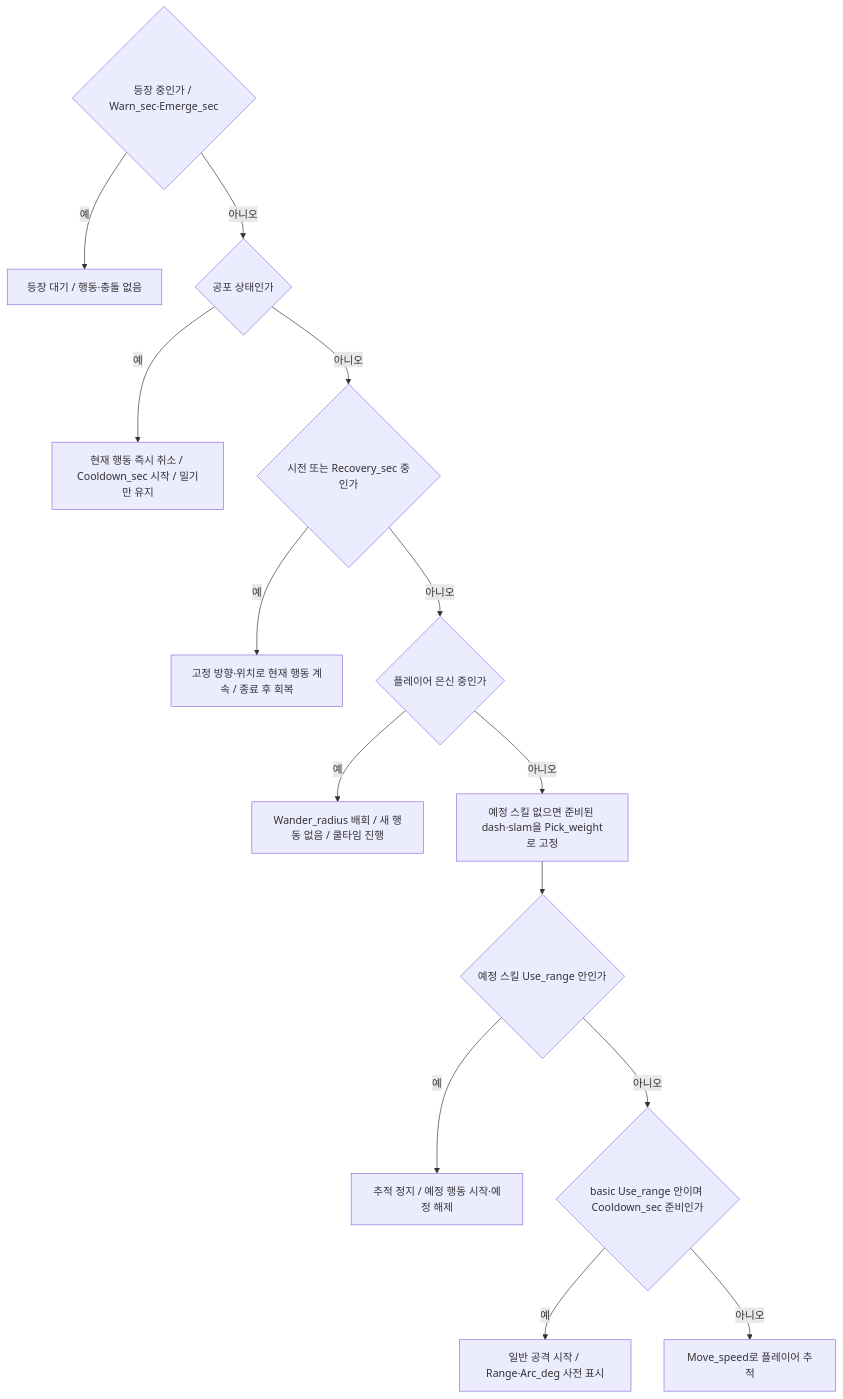
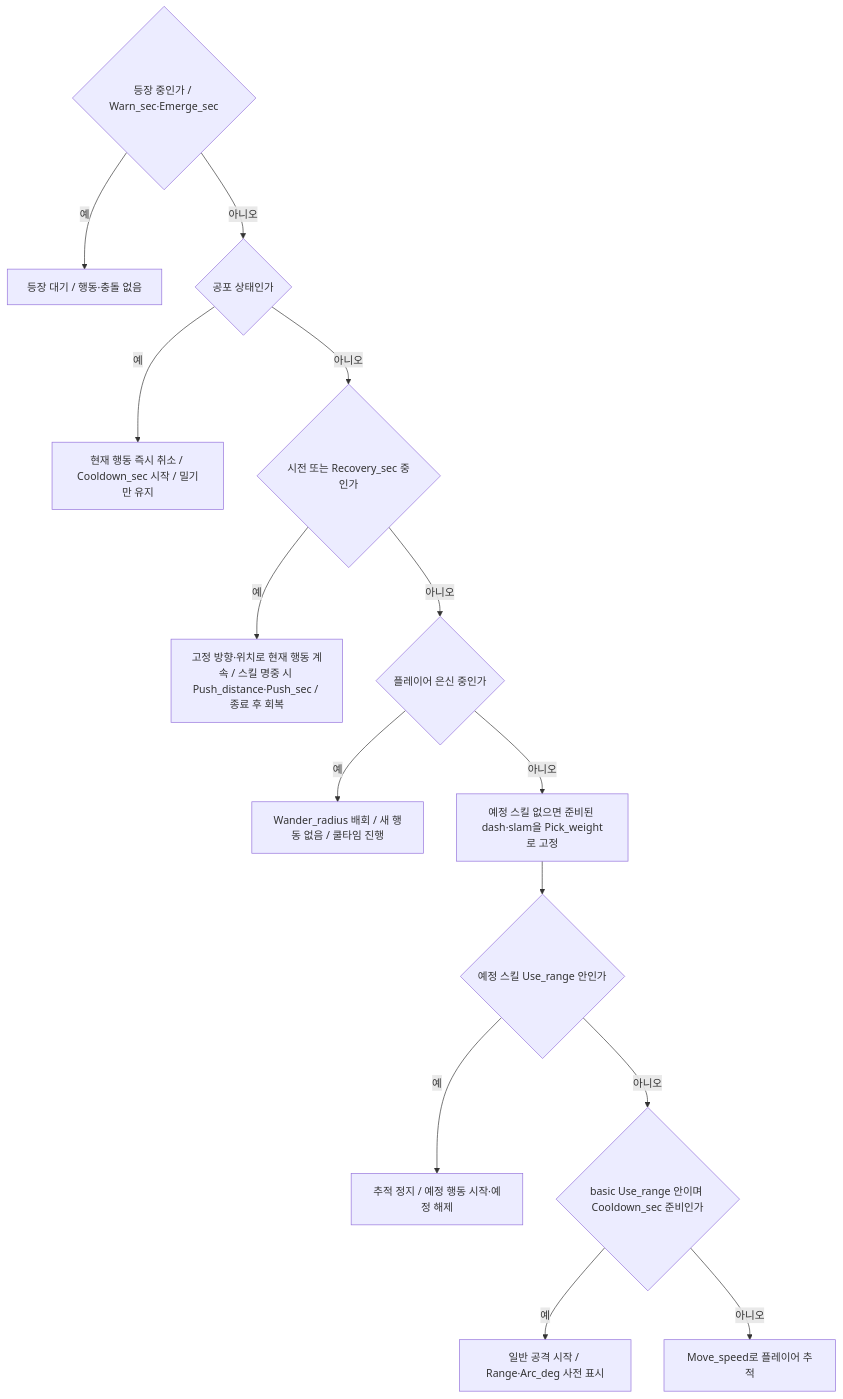
Before and after one commit to MoongTaeng-I/aigame: the first of 2 diagrams in docs/systems/08_boss_and_time.md, drawn with Mermaid. The commit also changed other lines of this file and 19 other files, not shown here.

````diff
--- a/docs/systems/08_boss_and_time.md
+++ b/docs/systems/08_boss_and_time.md
@@ -142,30 +214,30 @@
 ```mermaid
 flowchart TD
     A{"등장 중인가 / Warn_sec·Emerge_sec"}
     W["등장 대기 / 행동·충돌 없음"]
     F{"공포 상태인가"}
     X["현재 행동 즉시 취소 / Cooldown_sec 시작 / 밀기만 유지"]
     C{"시전 또는 Recovery_sec 중인가"}
-    K["고정 방향·위치로 현재 행동 계속 / 종료 후 회복"]
+    K["고정 방향·위치로 현재 행동 계속 / 스킬 명중 시 Push_distance·Push_sec / 종료 후 회복"]
     S{"플레이어 은신 중인가"}
     B["Wander_radius 배회 / 새 행동 없음 / 쿨타임 진행"]
     P["예정 스킬 없으면 준비된 dash·slam을 Pick_weight로 고정"]
     R{"예정 스킬 Use_range 안인가"}
     T["추적 정지 / 예정 행동 시작·예정 해제"]
     Q{"basic Use_range 안이며 Cooldown_sec 준비인가"}
     H["일반 공격 시작 / Range·Arc_deg 사전 표시"]
     M["Move_speed로 플레이어 추적"]
     A -->|예| W
     A -->|아니오| F
     F -->|예| X
     F -->|아니오| C
     C -->|예| K
     C -->|아니오| S
     S -->|예| B
     S -->|아니오| P
     P --> R
     R -->|예| T
     R -->|아니오| Q
     Q -->|예| H
     Q -->|아니오| M
 ```
````
